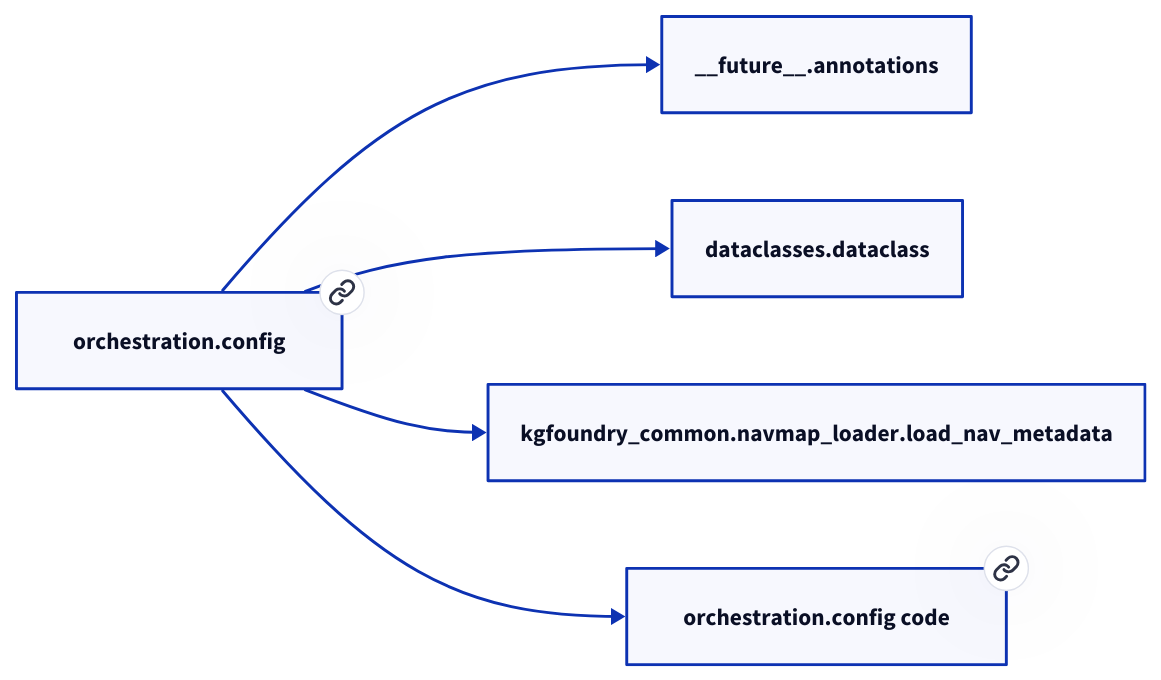
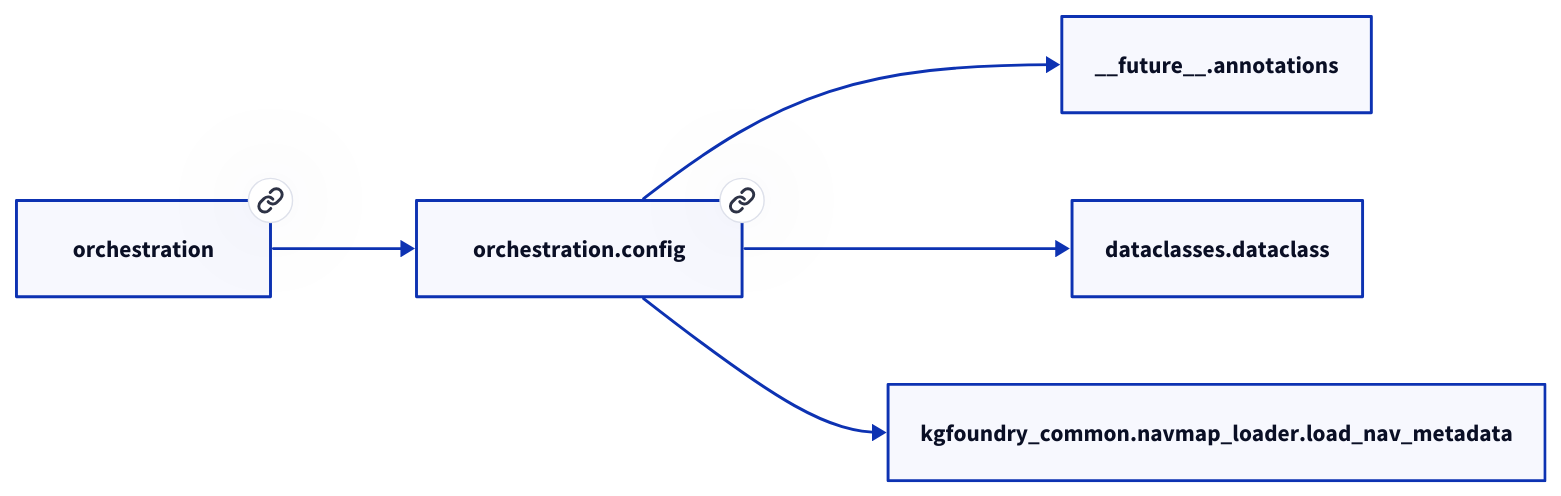
The second of 2 diagrams in docs/modules/orchestration/config.md (paul-heyse/kgforge), drawn with D2 before and after one commit. The commit also changed other lines of this file and 208 other files, not shown here.

````diff
--- a/docs/modules/orchestration/config.md
+++ b/docs/modules/orchestration/config.md
@@ -42,12 +46,12 @@
 ```d2
 direction: right
-"orchestration.config": "orchestration.config" { link: "./orchestration/config.md" }
+"orchestration.config": "orchestration.config" { link: "https://github.com/paul-heyse/kgfoundry/blob/main/src/orchestration/config.py" }
 "__future__.annotations": "__future__.annotations"
 "orchestration.config" -> "__future__.annotations"
 "dataclasses.dataclass": "dataclasses.dataclass"
 "orchestration.config" -> "dataclasses.dataclass"
 "kgfoundry_common.navmap_loader.load_nav_metadata": "kgfoundry_common.navmap_loader.load_nav_metadata"
 "orchestration.config" -> "kgfoundry_common.navmap_loader.load_nav_metadata"
-"orchestration.config_code": "orchestration.config code" { link: "https://github.com/kgfoundry/kgfoundry/blob/main/src/orchestration/config.py" }
-"orchestration.config" -> "orchestration.config_code" { style: dashed }
+"orchestration": "orchestration" { link: "https://github.com/paul-heyse/kgfoundry/blob/main/src/orchestration/__init__.py" }
+"orchestration" -> "orchestration.config" { style: dashed }
 ```
````
